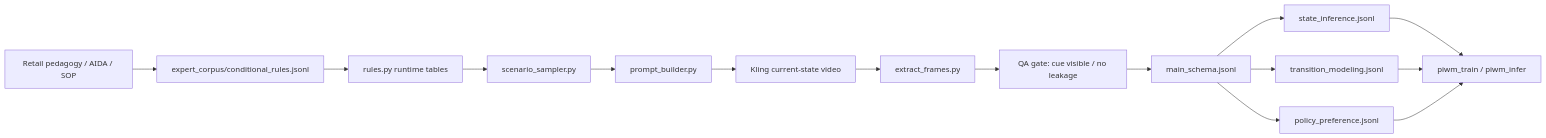
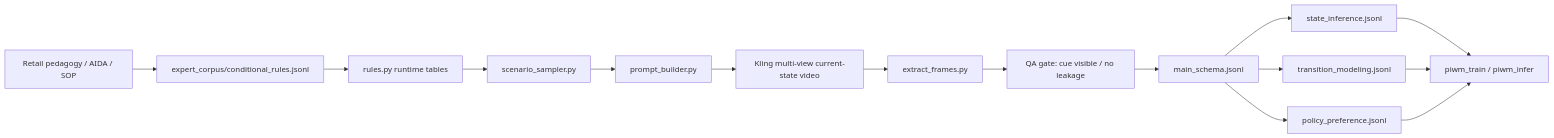
The diagram in docs/02_data_loop_master_plan.md (SHITIANYU-hue/Proactive-World-Modeling), drawn with Mermaid before and after one commit. The commit also changed other lines of this file and 43 other files, not shown here.

````diff
--- a/docs/02_data_loop_master_plan.md
+++ b/docs/02_data_loop_master_plan.md
@@ -22,17 +22,17 @@
 ```mermaid
 flowchart LR
     A["Retail pedagogy / AIDA / SOP"] --> B["expert_corpus/conditional_rules.jsonl"]
     B --> C["rules.py runtime tables"]
     C --> D["scenario_sampler.py"]
     D --> E["prompt_builder.py"]
-    E --> F["Kling current-state video"]
+    E --> F["Kling multi-view current-state video"]
     F --> G["extract_frames.py"]
     G --> H["QA gate: cue visible / no leakage"]
     H --> I["main_schema.jsonl"]
     I --> J["state_inference.jsonl"]
     I --> K["transition_modeling.jsonl"]
     I --> L["policy_preference.jsonl"]
     J --> M["piwm_train / piwm_infer"]
     K --> M
     L --> M
 ```
````
